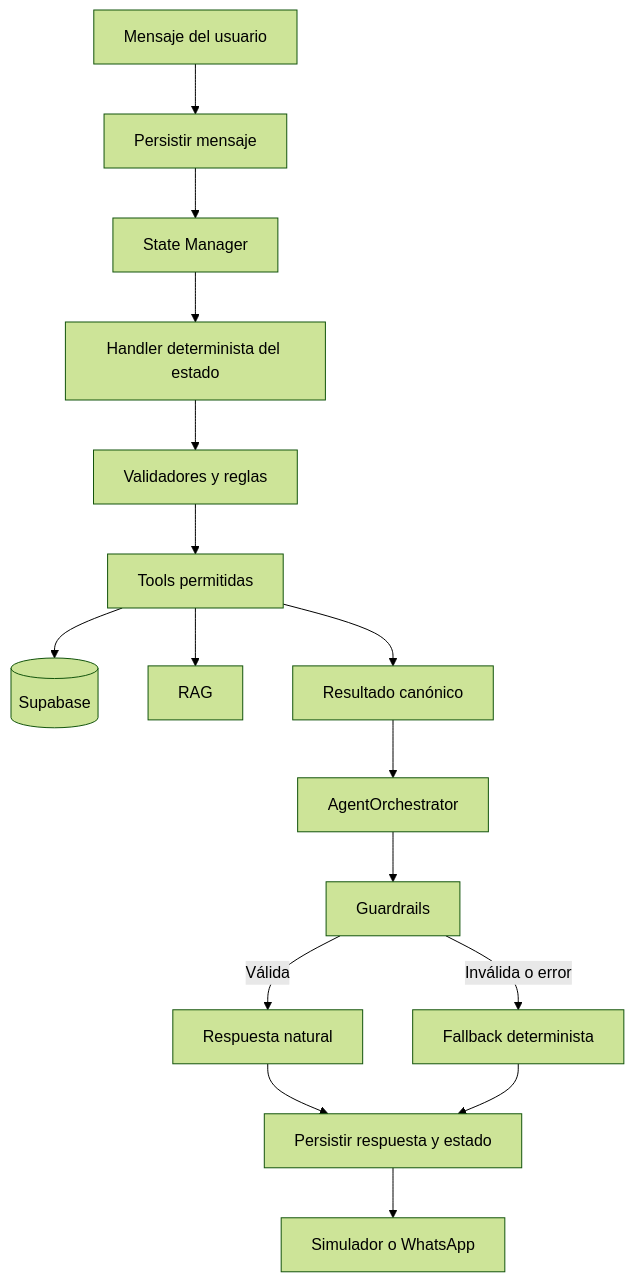
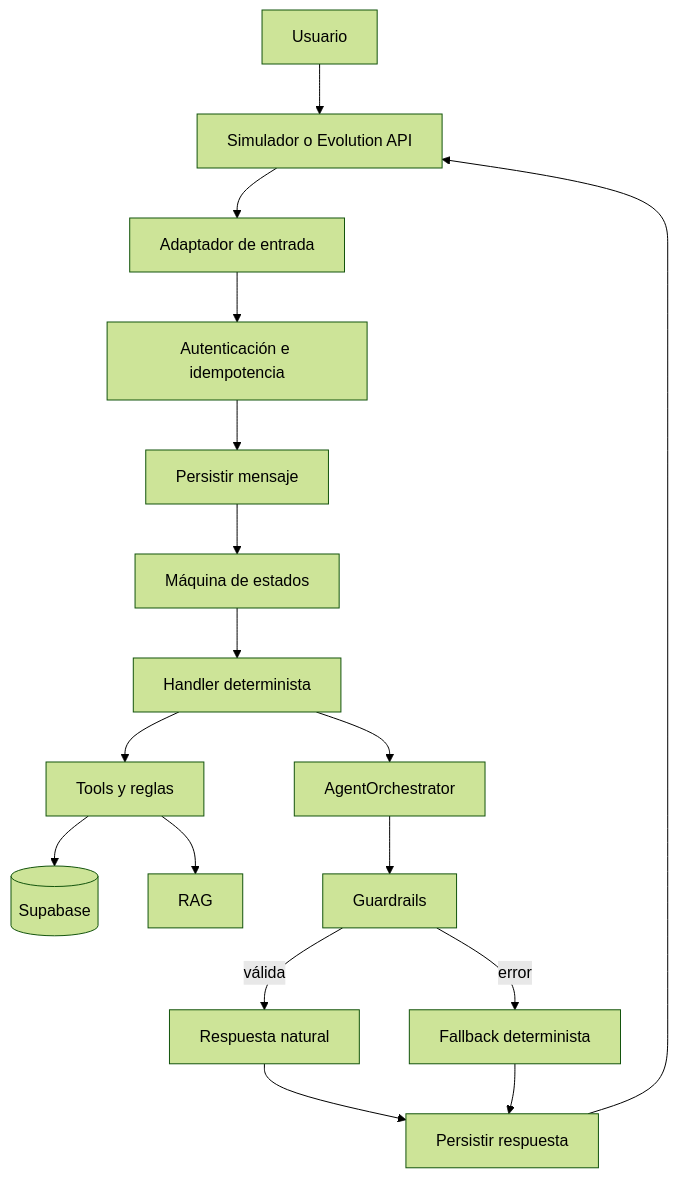
One commit to CLOG-U/credibot-prueba changed the first of 4 diagrams in plan.md. Above: the diagram before and after it, drawn with Mermaid (forest theme). The commit also changed other lines of this file and 5 other files, not shown here.

````diff
--- a/plan.md
+++ b/plan.md
@@ -108,18 +79,19 @@
-~~~mermaid
+```mermaid
 flowchart TD
-    U[Mensaje del usuario] --> P[Persistir mensaje]
-    P --> S[State Manager]
-    S --> H[Handler determinista del estado]
-    H --> V[Validadores y reglas]
-    V --> T[Tools permitidas]
-    T --> D[(Supabase)]
+    U[Usuario] --> C[Simulador o Evolution API]
+    C --> W[Adaptador de entrada]
+    W --> I[Autenticación e idempotencia]
+    I --> P[Persistir mensaje]
+    P --> S[Máquina de estados]
+    S --> H[Handler determinista]
+    H --> T[Tools y reglas]
+    T --> DB[(Supabase)]
     T --> R[RAG]
-    T --> C[Resultado canónico]
-    C --> A[AgentOrchestrator]
+    H --> A[AgentOrchestrator]
     A --> G[Guardrails]
-    G -->|Válida| N[Respuesta natural]
-    G -->|Inválida o error| F[Fallback determinista]
-    N --> O[Persistir respuesta y estado]
+    G -->|válida| N[Respuesta natural]
+    G -->|error| F[Fallback determinista]
+    N --> O[Persistir respuesta]
     F --> O
-    O --> W[Simulador o WhatsApp]
-~~~
+    O --> C
+```
````
